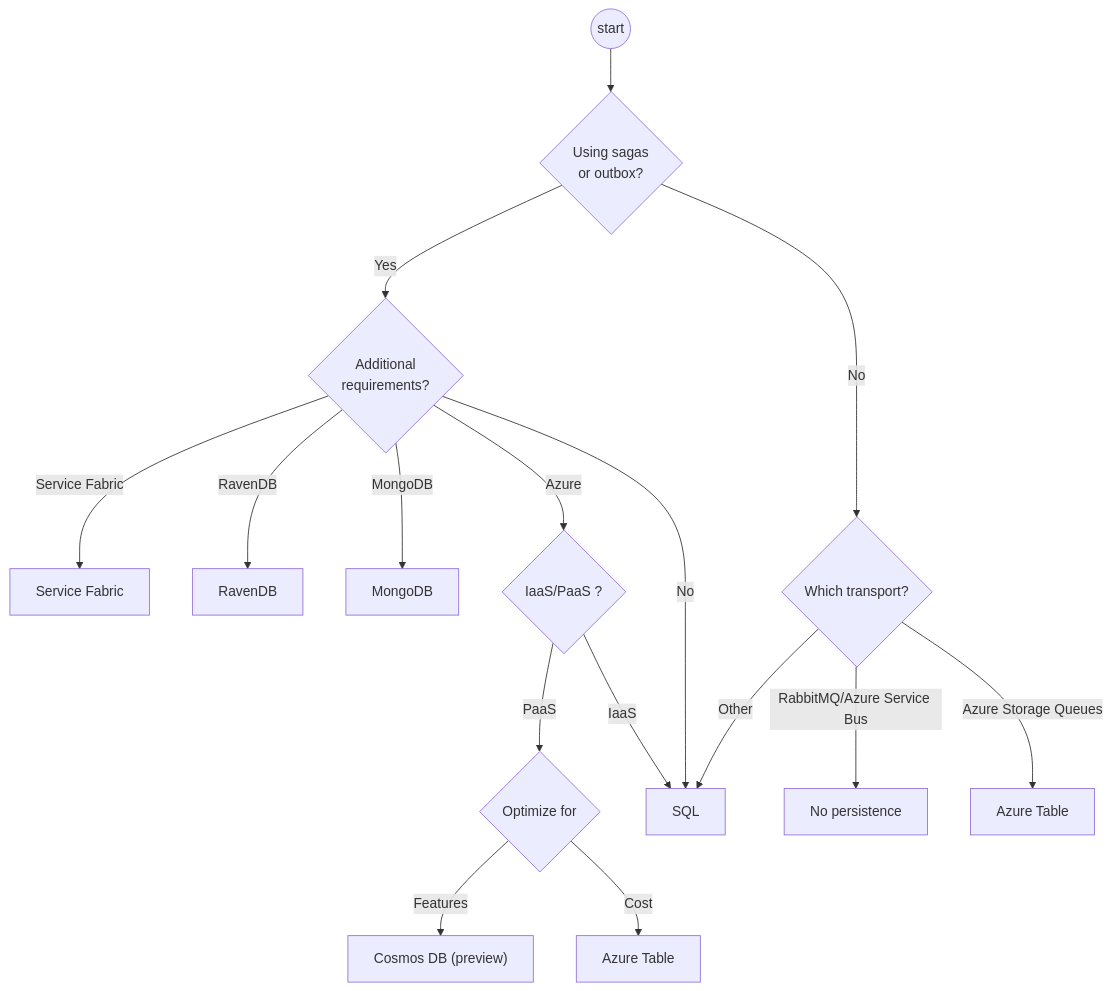
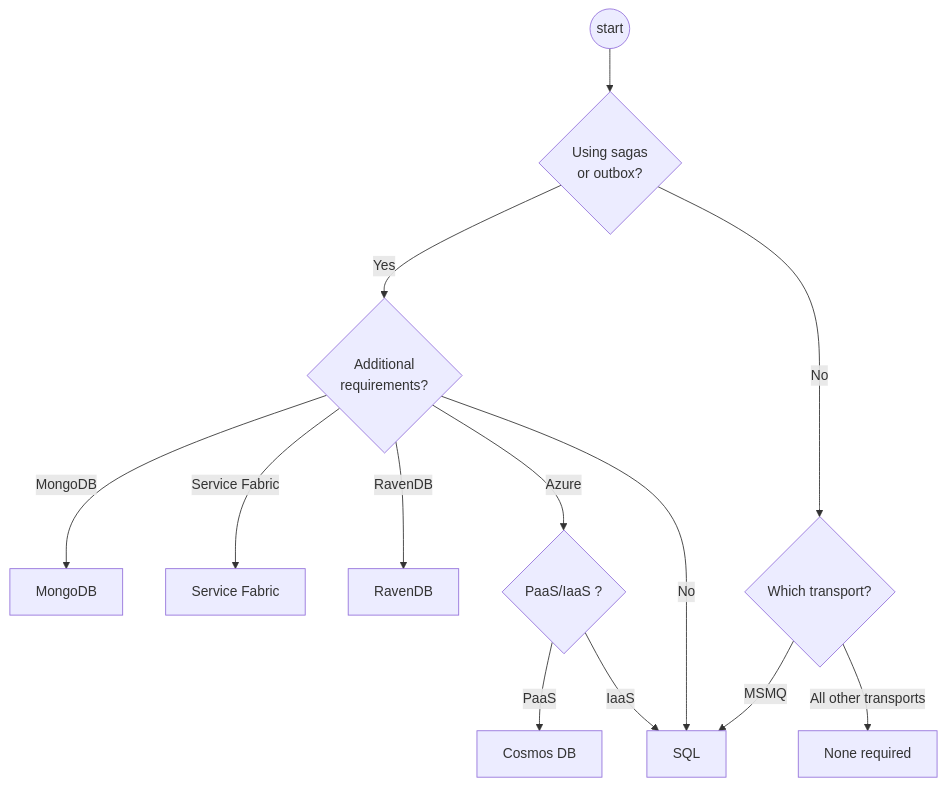
The diagram in persistence/selecting.md (Particular/docs.particular.net), drawn with Mermaid before and after one commit. The commit also changed other lines of this file and 70 other files, not shown here.

````diff
--- a/persistence/selecting.md
+++ b/persistence/selecting.md
@@ -27,18 +27,15 @@
 ```mermaid
 graph TD
 start((start)) --> A{Using sagas<br /> or outbox?}
 A --> |Yes|B{Additional<br />requirements?}
 A --> |No| I{Which transport?}
-I --> |Other|L[SQL]
-I --> |RabbitMQ/Azure Service Bus|J[No persistence]
-I --> |Azure Storage Queues|K[Azure Table]
+I --> |MSMQ|L[SQL]
+I --> |All other transports|J[None required]
+B --> |MongoDB|M[MongoDB]
 B --> |Service Fabric|C[Service Fabric]
 B --> |RavenDB|E[RavenDB]
-B --> |MongoDB|M[MongoDB]
-B --> |Azure|Q{IaaS/PaaS ?}
+B --> |Azure|Q{PaaS/IaaS ?}
 B --> |No|L
-Q --> |PaaS|G{Optimize for}
+Q --> |PaaS|G[Cosmos DB]
 Q --> |IaaS|L
-G --> |Features|N["Cosmos DB (preview)"]
-G --> |Cost|S[Azure Table]
 ```
````
